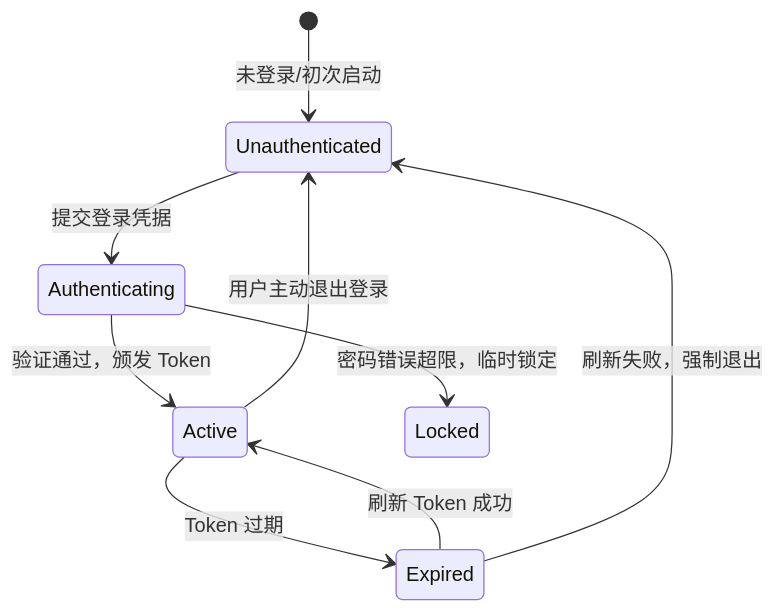
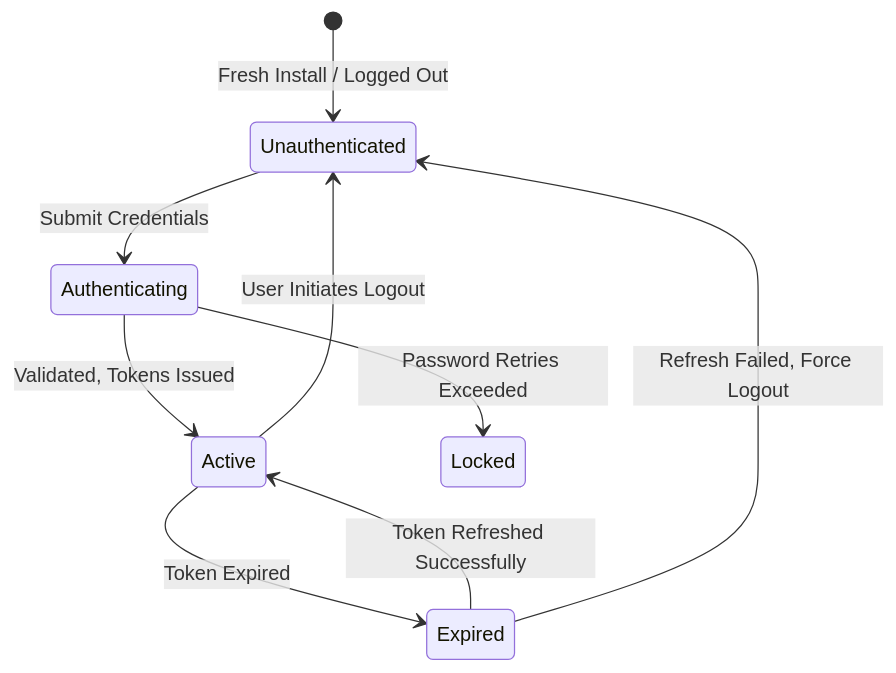
One commit to Armkas/AI-Friendly-Repo changed the diagram in template/docs/domains/auth.md. Above: the diagram before and after it, drawn with Mermaid. The commit also changed other lines of this file and 40 other files, not shown here.

````diff
--- a/template/docs/domains/auth.md
+++ b/template/docs/domains/auth.md
@@ -17,11 +17,11 @@
 ```mermaid
 stateDiagram-v2
-    [*] --> Unauthenticated: 未登录/初次启动
-    Unauthenticated --> Authenticating: 提交登录凭据
-    Authenticating --> Active: 验证通过，颁发 Token
-    Authenticating --> Locked: 密码错误超限，临时锁定
-    Active --> Expired: Token 过期
-    Expired --> Active: 刷新 Token 成功
-    Expired --> Unauthenticated: 刷新失败，强制退出
-    Active --> Unauthenticated: 用户主动退出登录
+    [*] --> Unauthenticated: Fresh Install / Logged Out
+    Unauthenticated --> Authenticating: Submit Credentials
+    Authenticating --> Active: Validated, Tokens Issued
+    Authenticating --> Locked: Password Retries Exceeded
+    Active --> Expired: Token Expired
+    Expired --> Active: Token Refreshed Successfully
+    Expired --> Unauthenticated: Refresh Failed, Force Logout
+    Active --> Unauthenticated: User Initiates Logout
 ```
````
